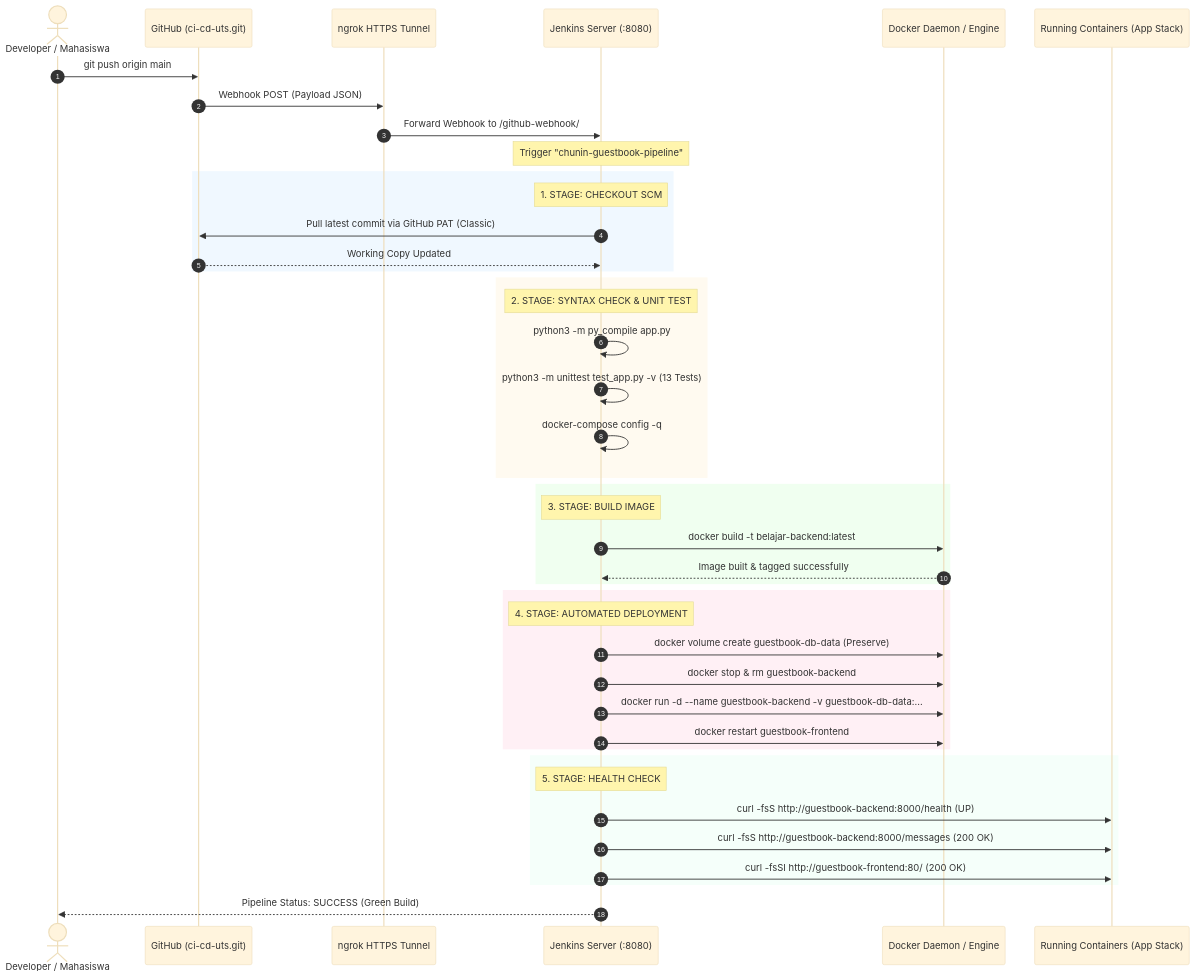
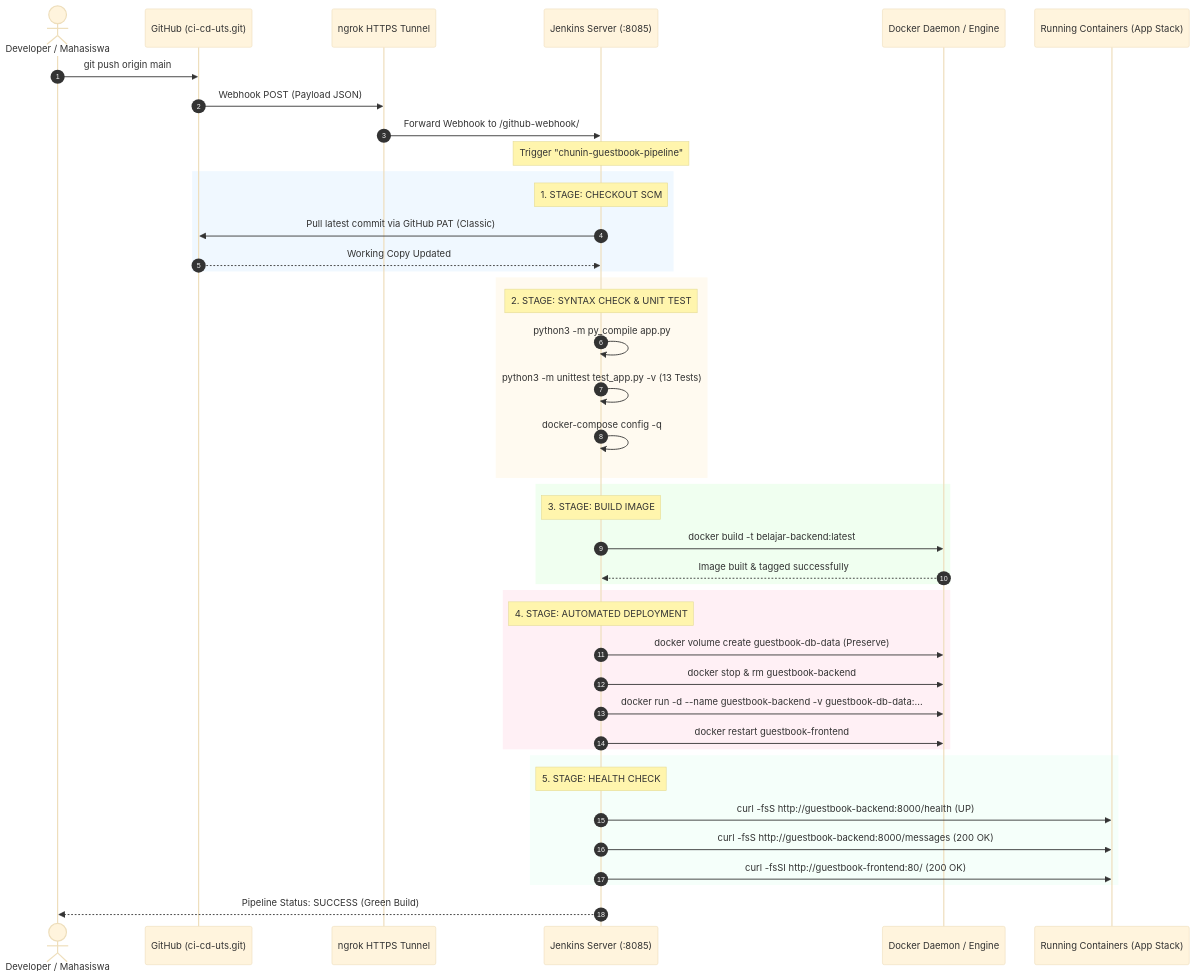
The second of 2 diagrams in README.md (ervanfahriaw/ci-cd-uts), drawn with Mermaid (base theme) before and after one commit. The commit also changed other lines of this file and 2 other files, not shown here.

Commit message:
chore: update Jenkins port mapping from 8080 to 8085 in docs

````diff
--- a/README.md
+++ b/README.md
@@ -91,51 +91,51 @@
 ```mermaid
 sequenceDiagram
     autonumber
     actor Dev as Developer / Mahasiswa
     participant Git as GitHub (ci-cd-uts.git)
     participant Ngrok as ngrok HTTPS Tunnel
-    participant Jenkins as Jenkins Server (:8080)
+    participant Jenkins as Jenkins Server (:8085)
     participant Docker as Docker Daemon / Engine
     participant Target as Running Containers (App Stack)
 
     Dev->>Git: git push origin main
     Git->>Ngrok: Webhook POST (Payload JSON)
     Ngrok->>Jenkins: Forward Webhook to /github-webhook/
     Note over Jenkins: Trigger "chunin-guestbook-pipeline"
     
     rect rgb(240, 248, 255)
         Note over Jenkins: 1. STAGE: CHECKOUT SCM
         Jenkins->>Git: Pull latest commit via GitHub PAT (Classic)
         Git-->>Jenkins: Working Copy Updated
     end
 
     rect rgb(255, 250, 240)
         Note over Jenkins: 2. STAGE: SYNTAX CHECK & UNIT TEST
         Jenkins->>Jenkins: python3 -m py_compile app.py
         Jenkins->>Jenkins: python3 -m unittest test_app.py -v (13 Tests)
         Jenkins->>Jenkins: docker-compose config -q
     end
 
     rect rgb(240, 255, 240)
         Note over Jenkins: 3. STAGE: BUILD IMAGE
         Jenkins->>Docker: docker build -t belajar-backend:latest
         Docker-->>Jenkins: Image built & tagged successfully
     end
 
     rect rgb(255, 240, 245)
         Note over Jenkins: 4. STAGE: AUTOMATED DEPLOYMENT
         Jenkins->>Docker: docker volume create guestbook-db-data (Preserve)
         Jenkins->>Docker: docker stop & rm guestbook-backend
         Jenkins->>Docker: docker run -d --name guestbook-backend -v guestbook-db-data:...
         Jenkins->>Docker: docker restart guestbook-frontend
     end
 
     rect rgb(245, 255, 250)
         Note over Jenkins: 5. STAGE: HEALTH CHECK
         Jenkins->>Target: curl -fsS http://guestbook-backend:8000/health (UP)
         Jenkins->>Target: curl -fsS http://guestbook-backend:8000/messages (200 OK)
         Jenkins->>Target: curl -fsSI http://guestbook-frontend:80/ (200 OK)
     end
 
     Jenkins-->>Dev: Pipeline Status: SUCCESS (Green Build)
 ```
````
